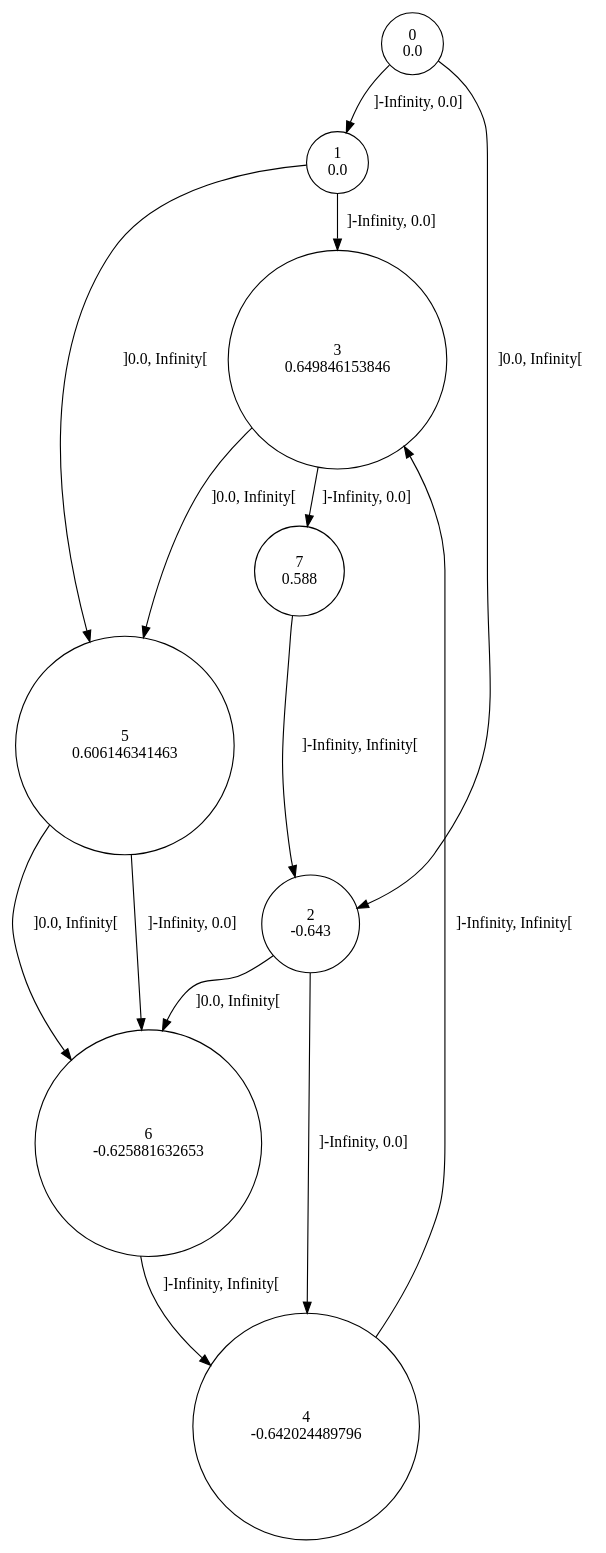
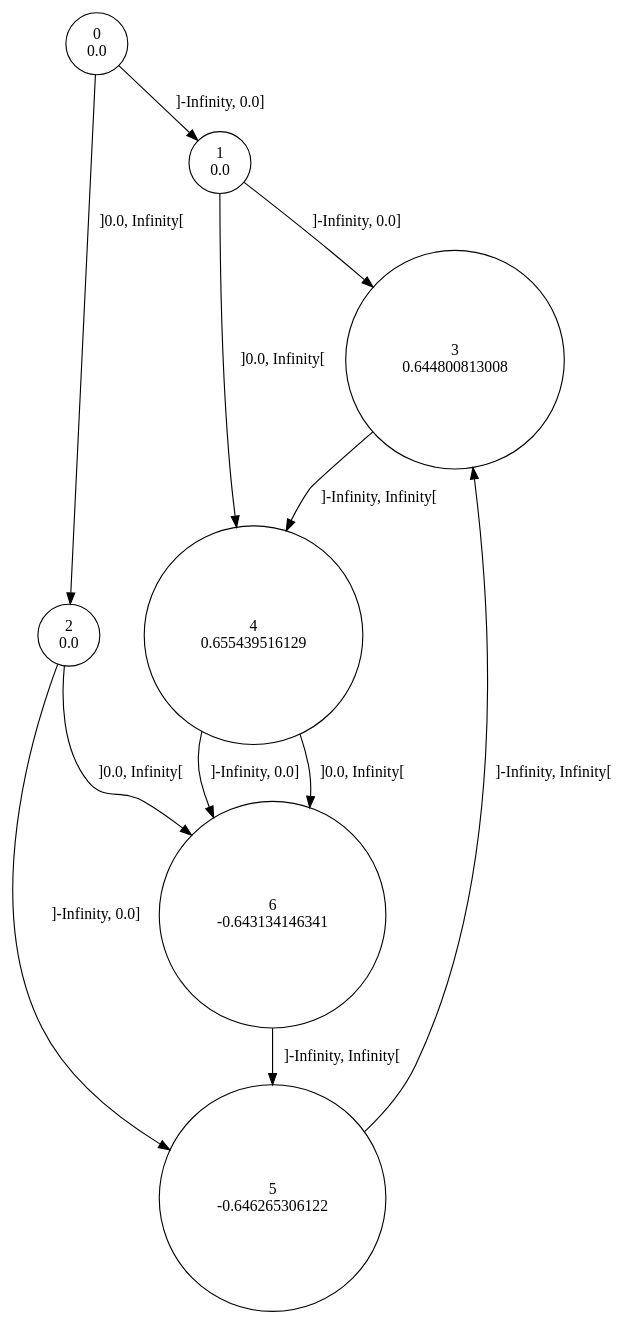
Before and after one commit to gllpellegrino/RAI_experiments: the diagram in sinus/data/5/rtisy.dot, drawn with Graphviz. The commit also changed 306 other files, not shown here.

```diff
--- a/sinus/data/5/rtisy.dot
+++ b/sinus/data/5/rtisy.dot
@@ -1,23 +1,20 @@
 digraph a {
 0 [shape=circle, label="0\n0.0"];
 	0 -> 1 [label="]-Infinity, 0.0]"];
 	0 -> 2 [label="]0.0, Infinity["];
 1 [shape=circle, label="1\n0.0"];
 	1 -> 3 [label="]-Infinity, 0.0]"];
-	1 -> 5 [label="]0.0, Infinity["];
-2 [shape=circle, label="2\n-0.643"];
-	2 -> 4 [label="]-Infinity, 0.0]"];
+	1 -> 4 [label="]0.0, Infinity["];
+2 [shape=circle, label="2\n0.0"];
+	2 -> 5 [label="]-Infinity, 0.0]"];
 	2 -> 6 [label="]0.0, Infinity["];
-3 [shape=circle, label="3\n0.649846153846"];
-	3 -> 7 [label="]-Infinity, 0.0]"];
-	3 -> 5 [label="]0.0, Infinity["];
-4 [shape=circle, label="4\n-0.642024489796"];
-	4 -> 3 [label="]-Infinity, Infinity["];
-5 [shape=circle, label="5\n0.606146341463"];
-	5 -> 6 [label="]-Infinity, 0.0]"];
-	5 -> 6 [label="]0.0, Infinity["];
-6 [shape=circle, label="6\n-0.625881632653"];
-	6 -> 4 [label="]-Infinity, Infinity["];
-7 [shape=circle, label="7\n0.588"];
-	7 -> 2 [label="]-Infinity, Infinity["];
+3 [shape=circle, label="3\n0.644800813008"];
+	3 -> 4 [label="]-Infinity, Infinity["];
+4 [shape=circle, label="4\n0.655439516129"];
+	4 -> 6 [label="]-Infinity, 0.0]"];
+	4 -> 6 [label="]0.0, Infinity["];
+5 [shape=circle, label="5\n-0.646265306122"];
+	5 -> 3 [label="]-Infinity, Infinity["];
+6 [shape=circle, label="6\n-0.643134146341"];
+	6 -> 5 [label="]-Infinity, Infinity["];
 }
```
